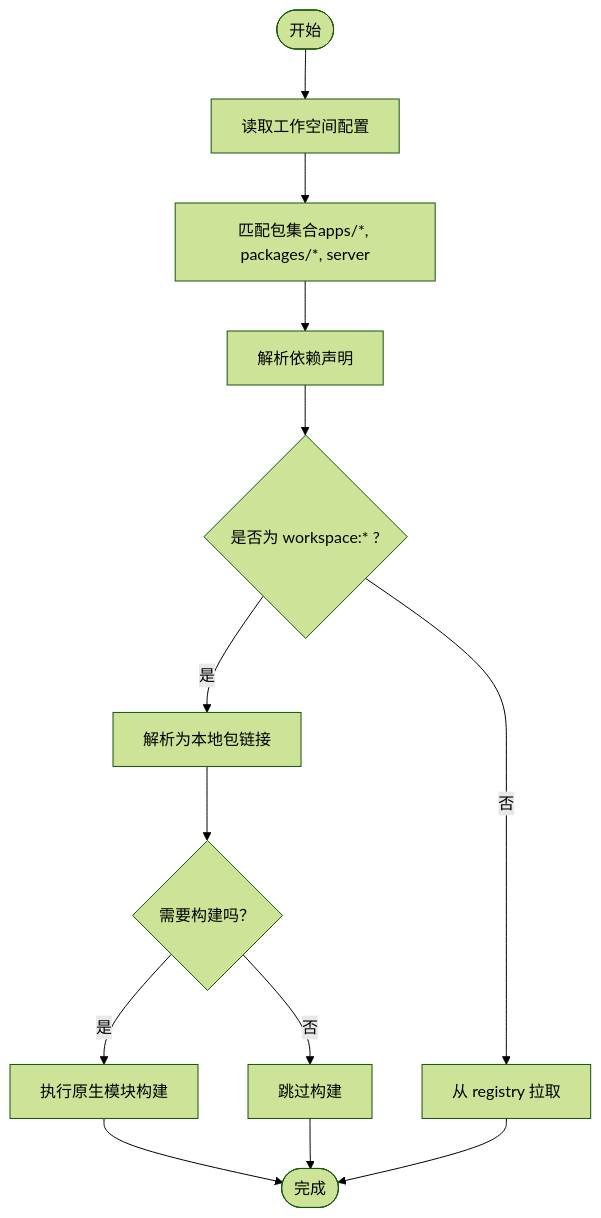
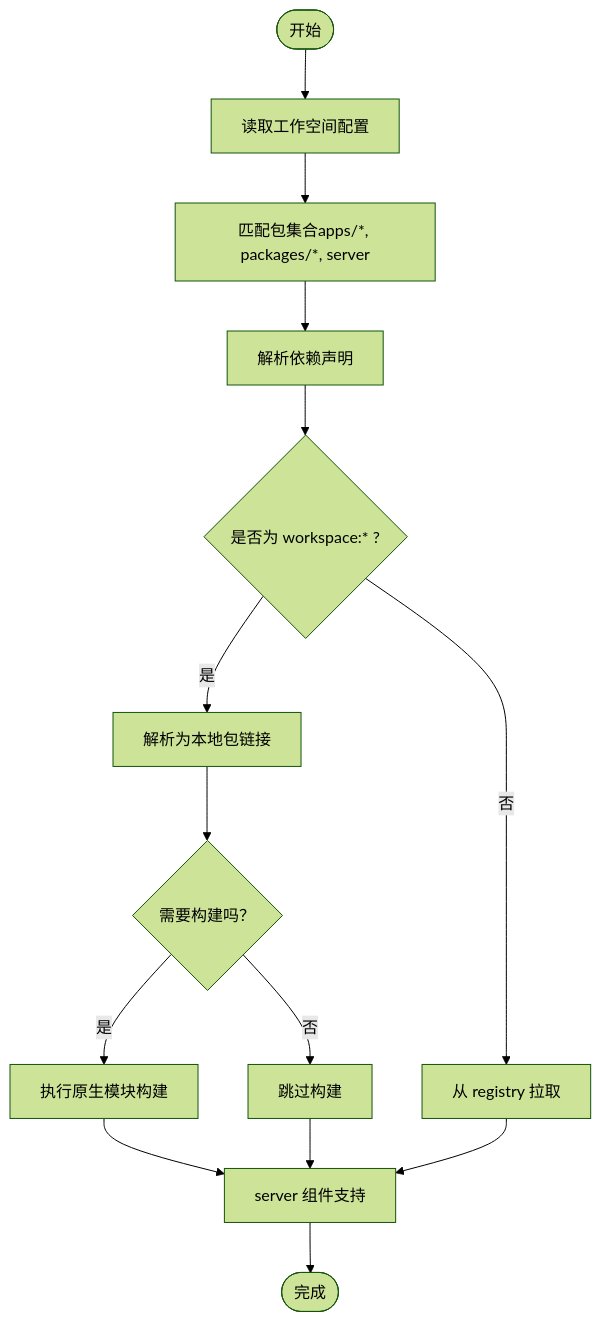
One commit to LihaoZDB/English-Study changed the third of 7 diagrams in .qoder/repowiki/zh/content/配置管理/包管理配置.md. Above: the diagram before and after it, drawn with Mermaid (forest theme). The commit also changed other lines of this file and 9 other files, not shown here.

````diff
--- a/.qoder/repowiki/zh/content/配置管理/包管理配置.md
+++ b/.qoder/repowiki/zh/content/配置管理/包管理配置.md
@@ -136,15 +162,16 @@
 ```mermaid
 flowchart TD
 Start(["开始"]) --> ReadWS["读取工作空间配置"]
 ReadWS --> MatchPkgs["匹配包集合apps/*, packages/*, server"]
 MatchPkgs --> ResolveDeps["解析依赖声明"]
 ResolveDeps --> WSLink{"是否为 workspace:* ?"}
 WSLink --> |是| LinkLocal["解析为本地包链接"]
 WSLink --> |否| FetchRemote["从 registry 拉取"]
 LinkLocal --> BuildCheck{"需要构建吗？"}
 BuildCheck --> |是| RunBuild["执行原生模块构建"]
 BuildCheck --> |否| SkipBuild["跳过构建"]
-RunBuild --> Done(["完成"])
-SkipBuild --> Done
-FetchRemote --> Done
+RunBuild --> ServerSupport["server 组件支持"]
+SkipBuild --> ServerSupport
+FetchRemote --> ServerSupport
+ServerSupport --> Done(["完成"])
 ```
````
